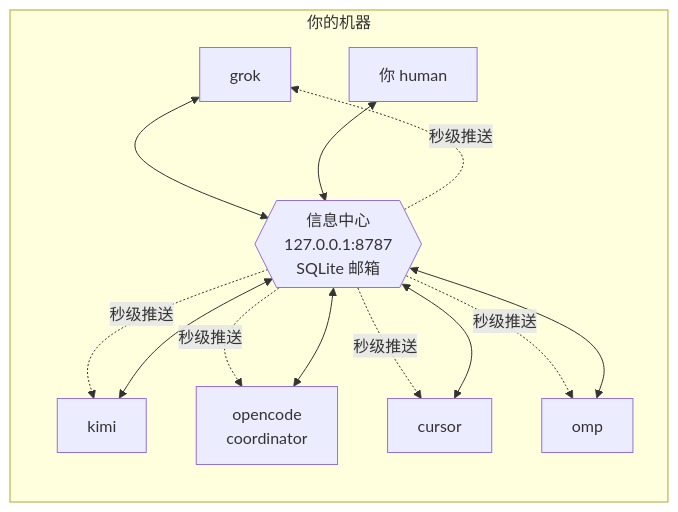
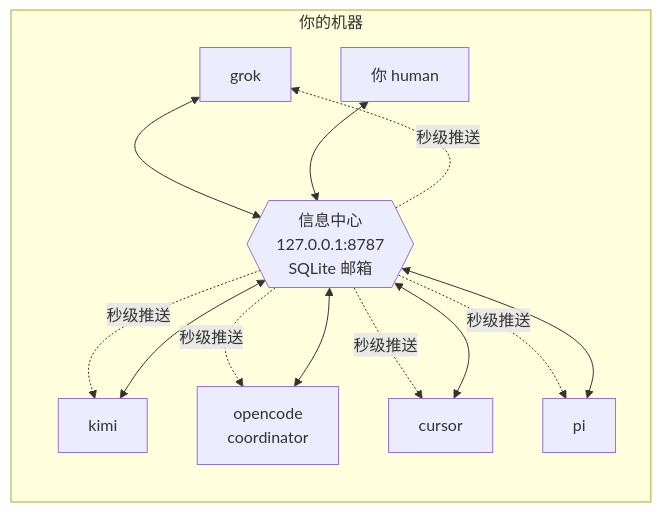
The diagram in README.md (Robin9989Law/infocenter), drawn with Mermaid before and after one commit. The commit also changed other lines of this file, not shown here.

First line of the commit message:
docs(readme): 补「窗口 · 案卷 · 管理台（/ui）」章节 + omp→pi + 测试数 118

````diff
--- a/README.md
+++ b/README.md
@@ -52,13 +53,13 @@
 ```mermaid
 flowchart LR
   subgraph 你的机器
     G[grok] <--> HUB
     K[kimi] <--> HUB
     O[opencode<br/>coordinator] <--> HUB
     C[cursor] <--> HUB
-    M[omp] <--> HUB
+    P[pi] <--> HUB
     U[你 human] <--> HUB
     HUB{{"信息中心<br/>127.0.0.1:8787<br/>SQLite 邮箱"}}
-    HUB -. 秒级推送 .-> G & K & O & C & M
+    HUB -. 秒级推送 .-> G & K & O & C & P
   end
 ```
````
